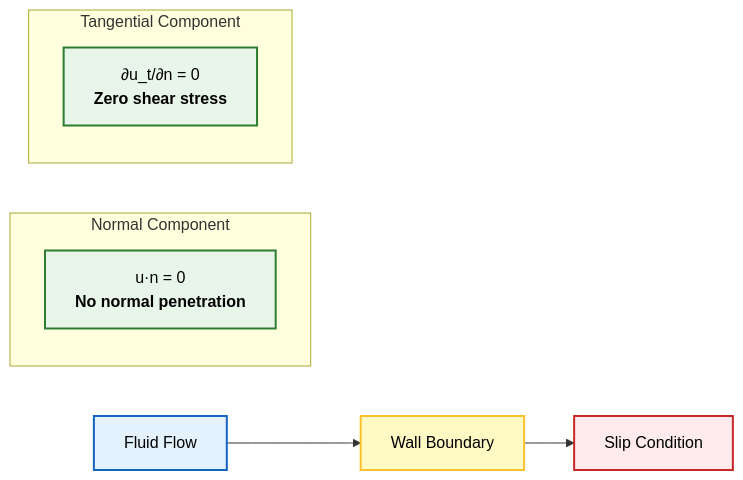
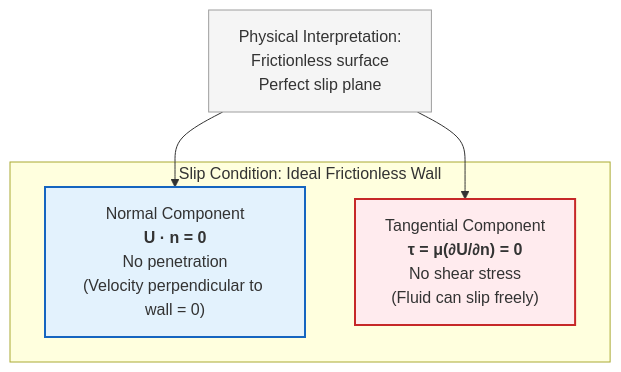
One commit to wramet/build-my-cfd changed the fourth of 6 diagrams in MODULE_01_CFD_FUNDAMENTALS/CONTENT/03_BOUNDARY_CONDITIONS/03_Selection_Guide_Which_BC_to_Use.md. Above: the diagram before and after it, drawn with Mermaid. The commit also changed other lines of this file and 313 other files, not shown here.

Commit message:
Revise all diagram

````diff
--- a/MODULE_01_CFD_FUNDAMENTALS/CONTENT/03_BOUNDARY_CONDITIONS/03_Selection_Guide_Which_BC_to_Use.md
+++ b/MODULE_01_CFD_FUNDAMENTALS/CONTENT/03_BOUNDARY_CONDITIONS/03_Selection_Guide_Which_BC_to_Use.md
@@ -477,19 +496,18 @@
 ```mermaid
-graph LR
-    A["Fluid Flow"] --> B["Wall Boundary"]
-    B --> C["Slip Condition"]
+graph TD
+%% Slip Boundary Condition Physics
+subgraph SlipCond ["Slip Condition: Ideal Frictionless Wall"]
+Normal["Normal Component<br/><b>U · n = 0</b><br/>No penetration<br/>(Velocity perpendicular to wall = 0)"]:::implicit
+Tangential["Tangential Component<br/><b>τ = μ(∂U/∂n) = 0</b><br/>No shear stress<br/>(Fluid can slip freely)"]:::explicit
+end
 
-    subgraph "Normal Component"
-        N1["u·n = 0<br/><b>No normal penetration</b>"]
-    end
+Physical["Physical Interpretation:<br/>Frictionless surface<br/>Perfect slip plane"]:::context
 
-    subgraph "Tangential Component"
-        T1["∂u_t/∂n = 0<br/><b>Zero shear stress</b>"]
-    end
+Physical --> Normal
+Physical --> Tangential
 
-    style A fill:#e3f2fd,stroke:#1565c0,stroke-width:2px,color:#000
-    style B fill:#fff9c4,stroke:#fbc02d,stroke-width:2px,color:#000
-    style C fill:#ffebee,stroke:#c62828,stroke-width:2px,color:#000
-    style N1 fill:#e8f5e9,stroke:#2e7d32,stroke-width:2px,color:#000
-    style T1 fill:#e8f5e9,stroke:#2e7d32,stroke-width:2px,color:#000
+%% Classes
+classDef implicit fill:#e3f2fd,stroke:#1565c0,stroke-width:2px;
+classDef explicit fill:#ffebee,stroke:#c62828,stroke-width:2px;
+classDef context fill:#f5f5f5,stroke:#9e9e9e,stroke-width:1px;
 ```
````
